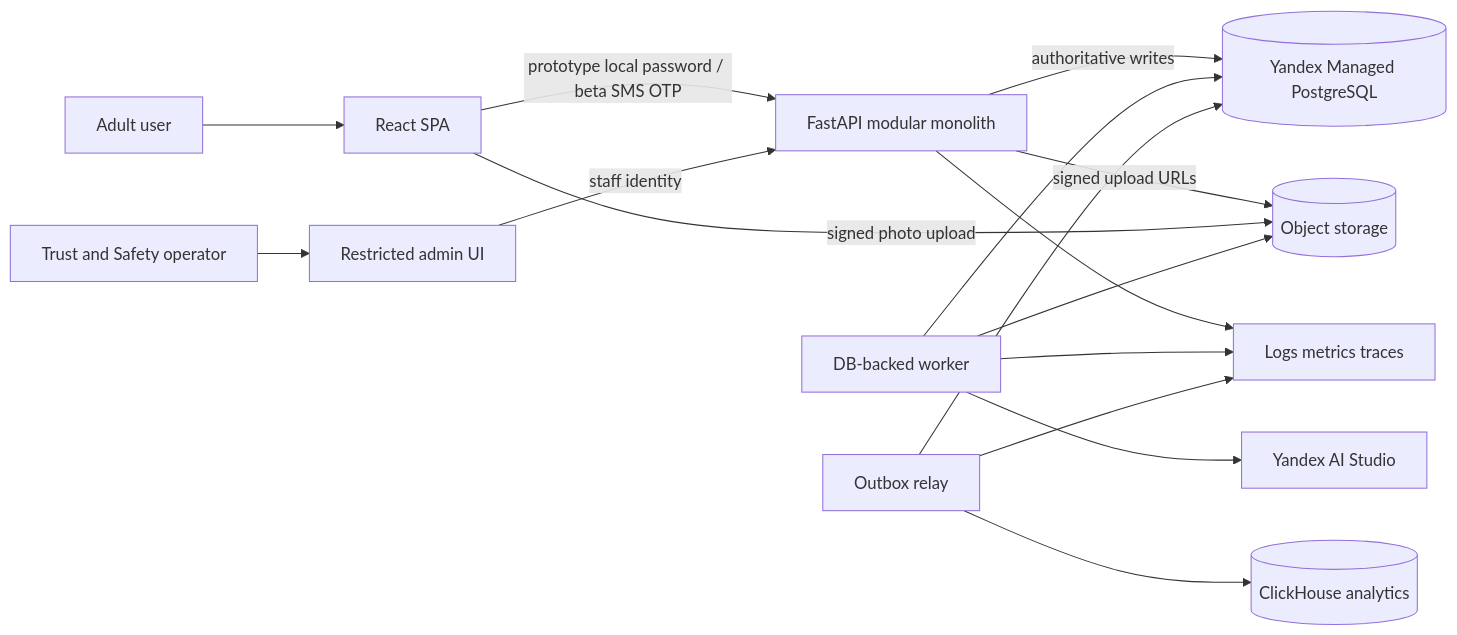
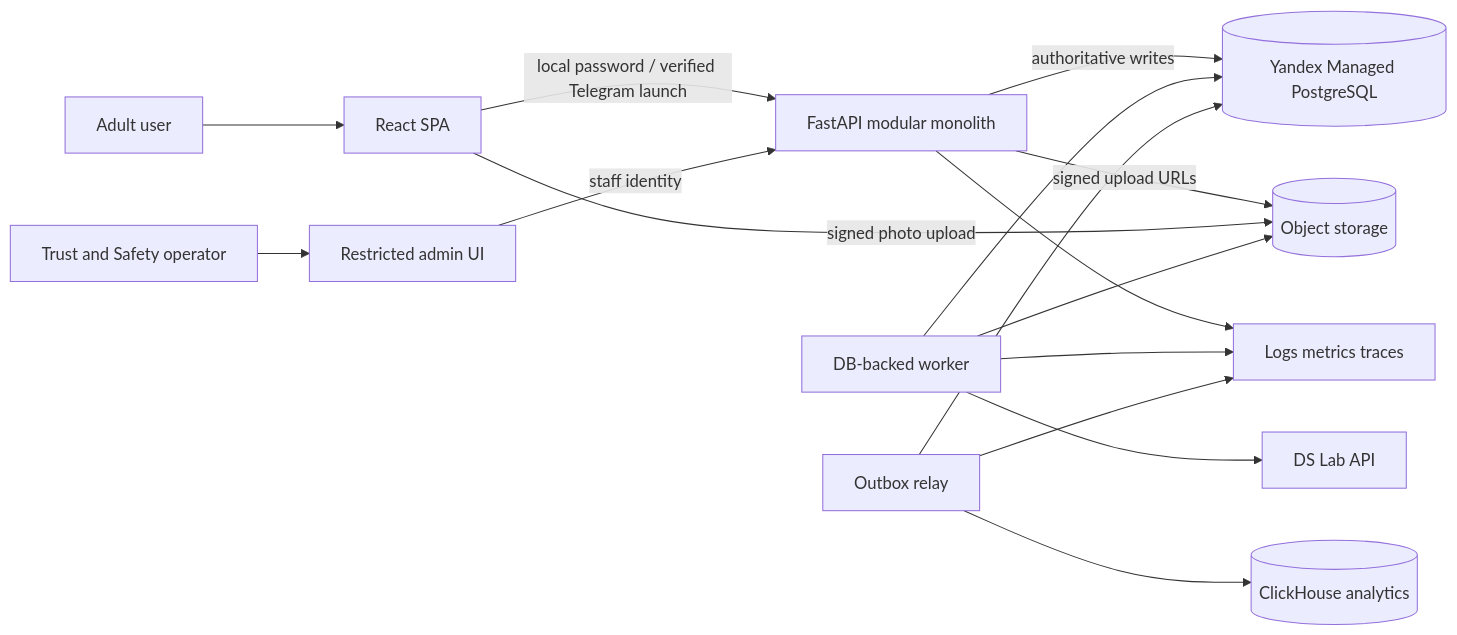
One commit to ek2kk/ai-matchmaker changed the first of 2 diagrams in docs/architecture/overview.md. Above: the diagram before and after it, drawn with Mermaid. The commit also changed other lines of this file and 56 other files, not shown here.

````diff
--- a/docs/architecture/overview.md
+++ b/docs/architecture/overview.md
@@ -44,18 +44,18 @@
 ```mermaid
 flowchart LR
     U[Adult user] --> SPA[React SPA]
     OPS[Trust and Safety operator] --> OPSUI[Restricted admin UI]
-    SPA -->|prototype local password / beta SMS OTP| API[FastAPI modular monolith]
+    SPA -->|local password / verified Telegram launch| API[FastAPI modular monolith]
     OPSUI -->|staff identity| API
     API -->|authoritative writes| PG[(Yandex Managed PostgreSQL)]
     API -->|signed upload URLs| OBJ[(Object storage)]
     SPA -->|signed photo upload| OBJ
     WORKER[DB-backed worker] --> PG
     WORKER --> OBJ
-    WORKER --> OAI[Yandex AI Studio]
+    WORKER --> DS[DS Lab API]
     RELAY[Outbox relay] --> PG
     RELAY --> CH[(ClickHouse analytics)]
     API --> OBS[Logs metrics traces]
     WORKER --> OBS
     RELAY --> OBS
 ```
````
